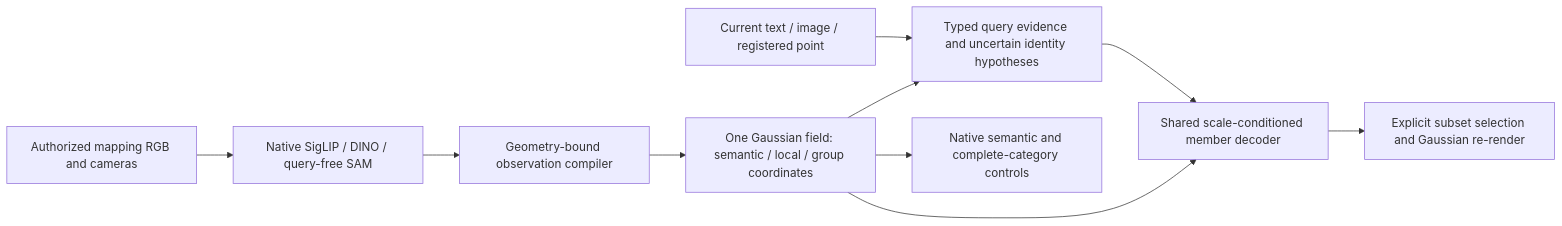
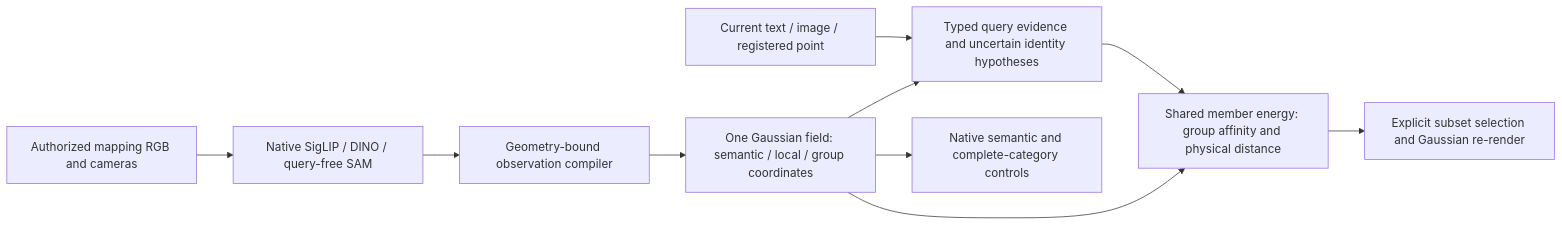
The diagram in docs/method/query-preserving-gaussian-field.md (Arthurshen926/RADIO-GS), drawn with Mermaid before and after one commit. The commit also changed other lines of this file and 15 other files, not shown here.

Commit message:
Fit physical-scale Gaussian membership and validate three-scene gains

````diff
--- a/docs/method/query-preserving-gaussian-field.md
+++ b/docs/method/query-preserving-gaussian-field.md
@@ -31,12 +32,12 @@
 ```mermaid
 flowchart LR
   O[Authorized mapping RGB and cameras] --> T[Native SigLIP / DINO / query-free SAM]
   T --> C[Geometry-bound observation compiler]
   C --> F[One Gaussian field: semantic / local / group coordinates]
   Q[Current text / image / registered point] --> A[Typed query evidence and uncertain identity hypotheses]
   F --> A
-  A --> M[Shared scale-conditioned member decoder]
+  A --> M[Shared member energy: group affinity and physical distance]
   F --> M
   M --> R[Explicit subset selection and Gaussian re-render]
   F --> S[Native semantic and complete-category controls]
 ```
````
